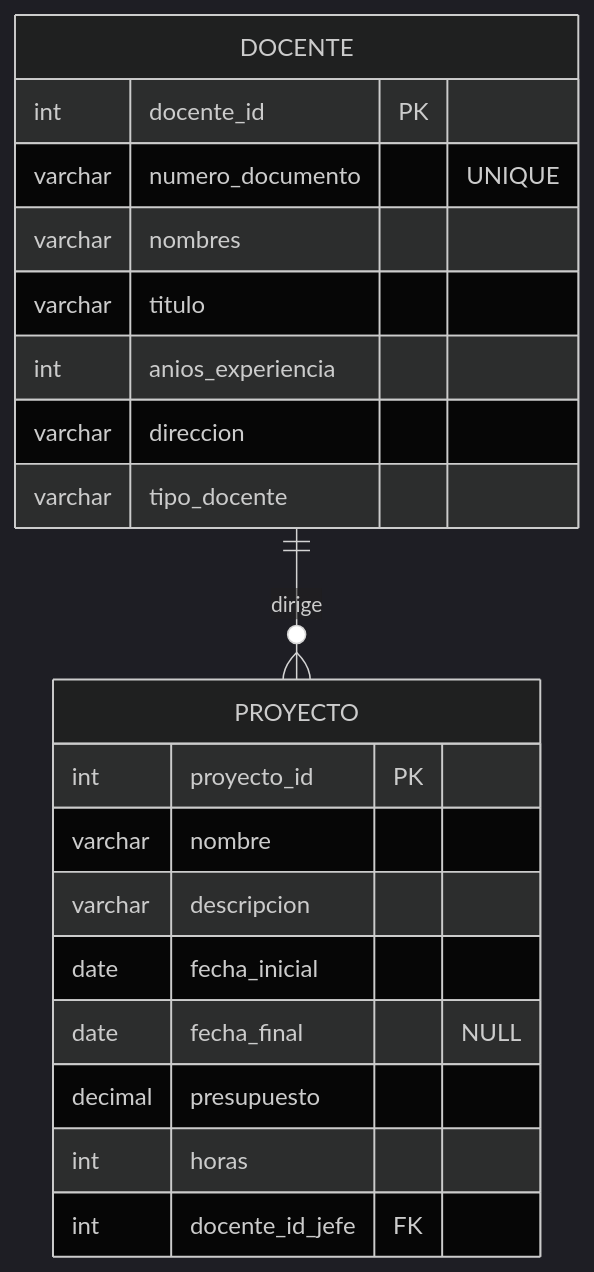
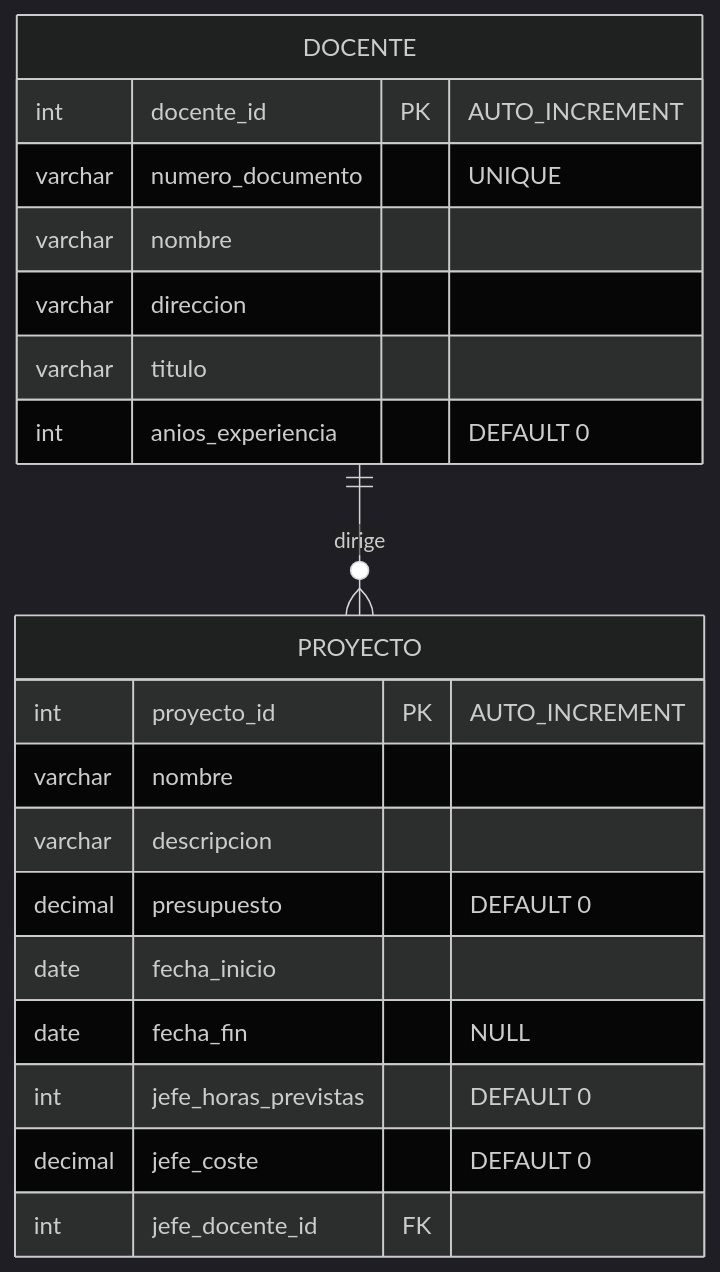
The diagram in docs/diagrama_logico.md (luismvargasg/proyectos_informaticos_mysql), drawn with Mermaid (dark theme) before and after one commit.

Commit message:
Refactor logical diagram in Mermaid syntax for clarity and consistency

````diff
--- a/docs/diagrama_logico.md
+++ b/docs/diagrama_logico.md
@@ -3,23 +3,25 @@
 ```mermaid
 erDiagram
-  DOCENTE ||--o{ PROYECTO : "dirige"
-  DOCENTE {
-    int docente_id PK
-    varchar numero_documento "UNIQUE"
-    varchar nombres
-    varchar titulo
-    int anios_experiencia
-    varchar direccion
-    varchar tipo_docente
-  }
-  PROYECTO {
-    int proyecto_id PK
-    varchar nombre
-    varchar descripcion
-    date fecha_inicial
-    date fecha_final "NULL"
-    decimal presupuesto
-    int horas
-    int docente_id_jefe FK
-  }
+    DOCENTE ||--o{ PROYECTO : "dirige"
+
+    DOCENTE {
+        int docente_id PK "AUTO_INCREMENT"
+        varchar numero_documento "UNIQUE"
+        varchar nombre
+        varchar direccion
+        varchar titulo
+        int anios_experiencia "DEFAULT 0"
+    }
+
+    PROYECTO {
+        int proyecto_id PK "AUTO_INCREMENT"
+        varchar nombre
+        varchar descripcion
+        decimal presupuesto "DEFAULT 0"
+        date fecha_inicio
+        date fecha_fin "NULL"
+        int jefe_horas_previstas "DEFAULT 0"
+        decimal jefe_coste "DEFAULT 0"
+        int jefe_docente_id FK
+    }
 ```
````
